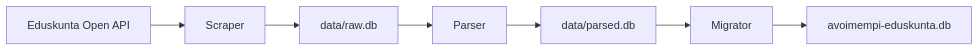
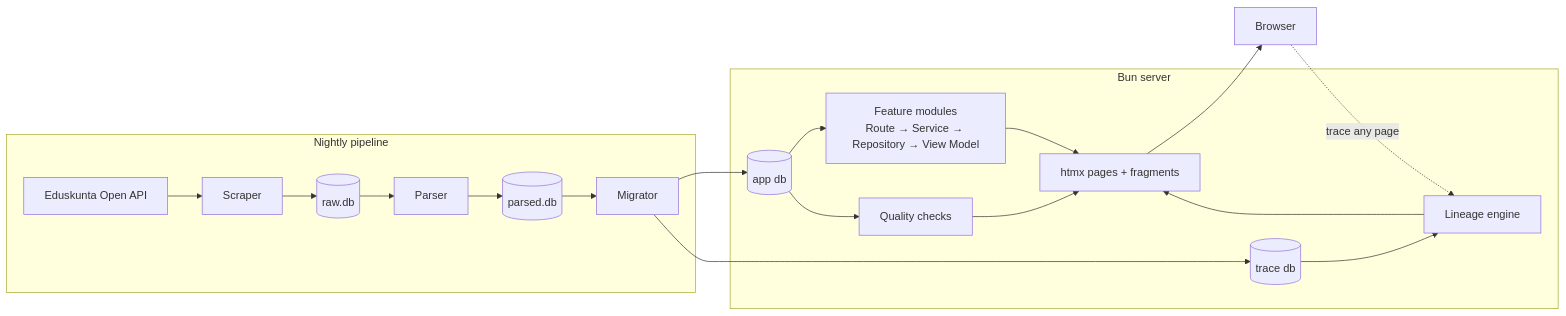
One commit to marinp1/avoimempi-eduskunta changed the diagram in README.md. Above: the diagram before and after it, drawn with Mermaid. The commit also changed other lines of this file, not shown here.

````diff
--- a/README.md
+++ b/README.md
@@ -41,9 +41,22 @@
 ```mermaid
 flowchart LR
-  A[Eduskunta Open API] --> B[Scraper]
-  B --> C[data/raw.db]
-  C --> D[Parser]
-  D --> E[data/parsed.db]
-  E --> F[Migrator]
-  F --> G[avoimempi-eduskunta.db]
+  subgraph pipeline [Nightly pipeline]
+    A[Eduskunta Open API] --> B[Scraper]
+    B --> C[(raw.db)]
+    C --> D[Parser]
+    D --> E[(parsed.db)]
+    E --> F[Migrator]
+  end
+  F --> G[(app db)]
+  F --> T[(trace db)]
+  subgraph server [Bun server]
+    G --> H[Feature modules<br/>Route → Service → Repository → View Model]
+    T --> I[Lineage engine]
+    H --> J[htmx pages + fragments]
+    I --> J
+    Q[Quality checks] --> J
+    G --> Q
+  end
+  J --> K[Browser]
+  K -. trace any page .-> I
 ```
````
